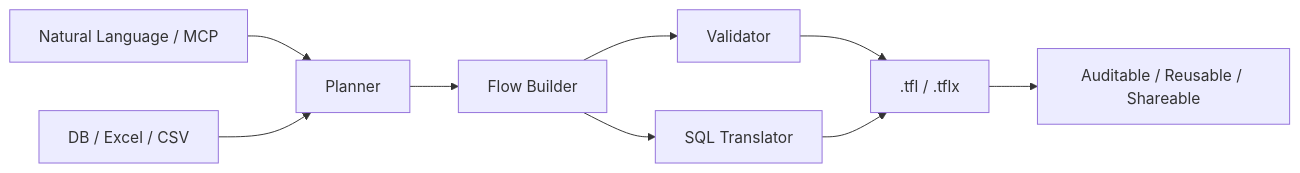
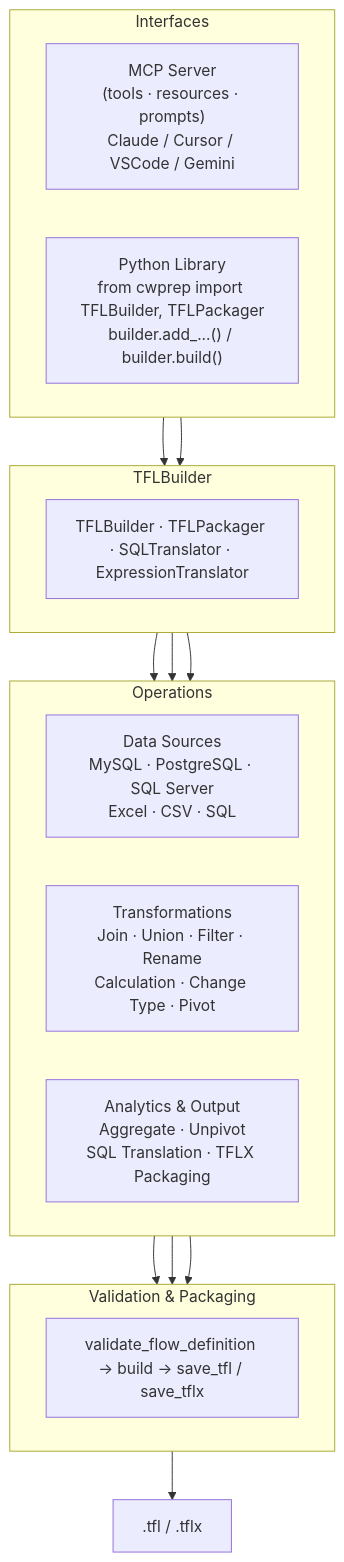
The first of 2 diagrams in slides-en.md (imgwho/datacooper-tug-share), drawn with Mermaid before and after one commit. The commit also changed other lines of this file and 3 other files, not shown here.

Commit message:
更新内容，架构图等

````diff
--- a/slides-en.md
+++ b/slides-en.md
@@ -267,11 +267,37 @@
 ```mermaid
-flowchart LR
-  A["Natural Language / MCP"] --> B["Planner"]
-  C["DB / Excel / CSV"] --> B
-  B --> D["Flow Builder"]
-  D --> E["Validator"]
-  D --> F["SQL Translator"]
-  E --> G[".tfl / .tflx"]
-  F --> G
-  G --> H["Auditable / Reusable / Shareable"]
+flowchart TD
+  subgraph Interfaces["Interfaces"]
+    direction LR
+    MCP["MCP Server\n(tools · resources · prompts)\nClaude / Cursor / VSCode / Gemini"]
+    PY["Python Library\nfrom cwprep import TFLBuilder, TFLPackager\nbuilder.add_...() / builder.build()"]
+  end
+
+  subgraph Core["TFLBuilder"]
+    direction LR
+    SDK["TFLBuilder · TFLPackager · SQLTranslator · ExpressionTranslator"]
+  end
+
+  subgraph Operations["Operations"]
+    direction LR
+    DS["Data Sources\nMySQL · PostgreSQL · SQL Server\nExcel · CSV · SQL"]
+    TF["Transformations\nJoin · Union · Filter · Rename\nCalculation · Change Type · Pivot"]
+    AN["Analytics & Output\nAggregate · Unpivot\nSQL Translation · TFLX Packaging"]
+  end
+
+  subgraph Validation["Validation & Packaging"]
+    direction LR
+    VL["validate_flow_definition → build → save_tfl / save_tflx"]
+  end
+
+  OUT[".tfl / .tflx"]
+
+  MCP --> Core
+  PY --> Core
+  Core --> DS
+  Core --> TF
+  Core --> AN
+  DS --> VL
+  TF --> VL
+  AN --> VL
+  VL --> OUT
 ```
````
